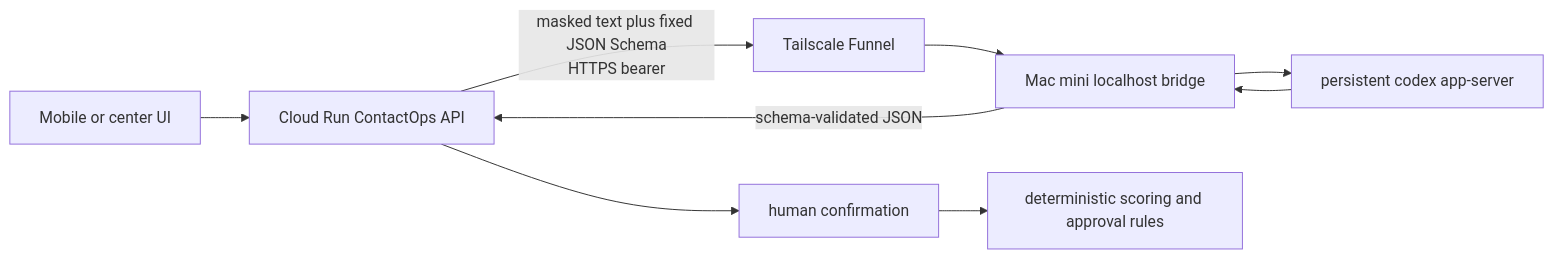
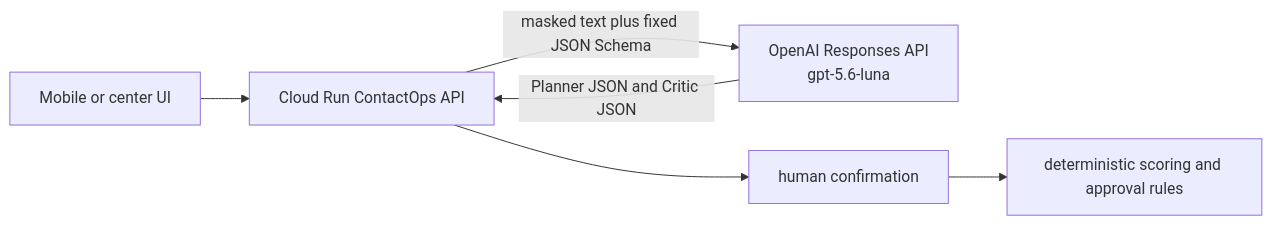
Before and after one commit to ulsaninuhack/hack: the diagram in docs/MAC_MINI_CODEX_BRIDGE.md, drawn with Mermaid. The commit also changed other lines of this file and 26 other files, not shown here.

Commit message:
Run contact AI in parallel on GPT-5.6 Luna

````diff
--- a/docs/MAC_MINI_CODEX_BRIDGE.md
+++ b/docs/MAC_MINI_CODEX_BRIDGE.md
@@ -9,11 +10,8 @@
 ```mermaid
 flowchart LR
     M["Mobile or center UI"] --> C["Cloud Run ContactOps API"]
-    C -->|"masked text plus fixed JSON Schema\nHTTPS bearer"| F["Tailscale Funnel"]
-    F --> B["Mac mini localhost bridge"]
-    B --> A["persistent codex app-server"]
-    A --> B
-    B -->|"schema-validated JSON"| C
+    C -->|"masked text plus fixed JSON Schema"| O["OpenAI Responses API<br/>gpt-5.6-luna"]
+    O -->|"Planner JSON and Critic JSON"| C
     C --> H["human confirmation"]
     H --> R["deterministic scoring and approval rules"]
 ```
````
